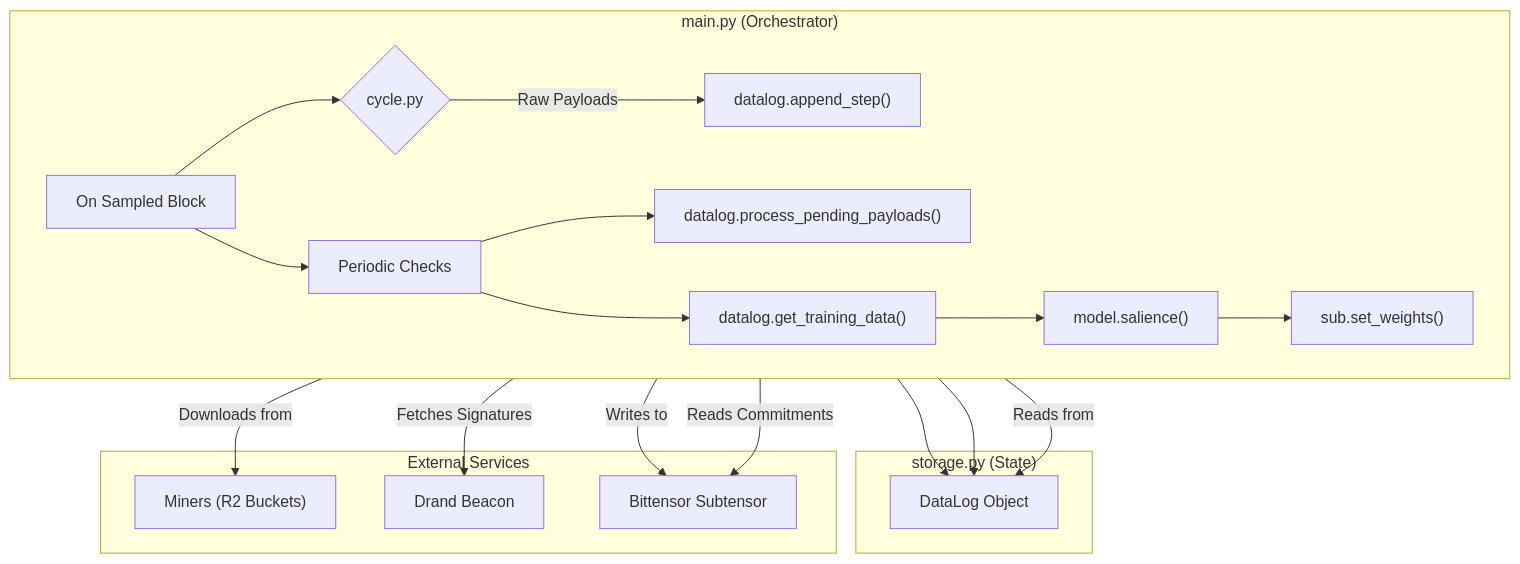
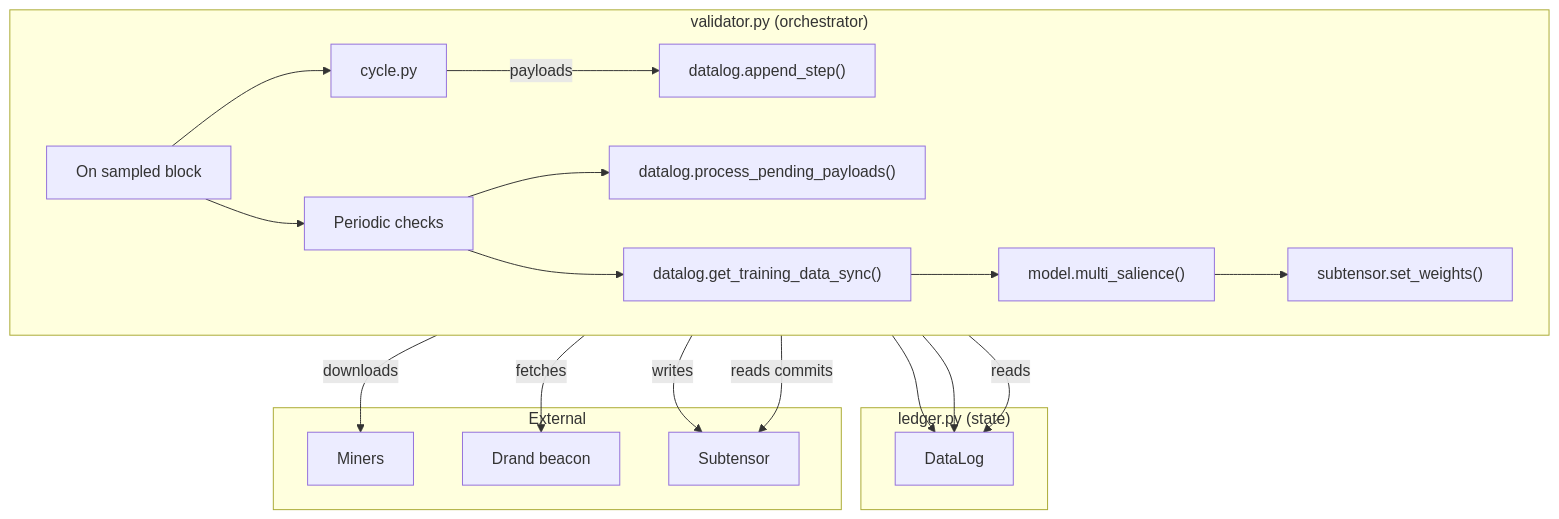
Before and after one commit to EnormousPyramids/Mantis: the diagram in README.md, drawn with Mermaid. The commit also changed other lines of this file and 21 other files, not shown here.

````diff
--- a/README.md
+++ b/README.md
@@ -17,31 +9,31 @@
 ```mermaid
 graph TD
-    subgraph "main.py (Orchestrator)"
+    subgraph "validator.py (orchestrator)"
         direction LR
-        A["On Sampled Block"] --> B{cycle.py};
-        B -->|Raw Payloads| C["datalog.append_step()"];
-        A --> D["Periodic Checks"];
+        A[On sampled block] --> B[cycle.py];
+        B -->|payloads| C["datalog.append_step()"];
+        A --> D[Periodic checks];
         D --> E["datalog.process_pending_payloads()"];
-        D --> F["datalog.get_training_data()"];
-        F --> G["model.salience()"];
-        G --> H["sub.set_weights()"];
-    end
-    
-    subgraph "storage.py (State)"
-        I[DataLog Object]
+        D --> F["datalog.get_training_data_sync()"]; 
+        F --> G["model.multi_salience()"]; 
+        G --> H["subtensor.set_weights()"];
     end
 
-    subgraph "External Services"
-        J["Miners (R2 Buckets)"]
-        K["Drand Beacon"]
-        L["Bittensor Subtensor"]
+    subgraph "ledger.py (state)"
+        I[DataLog]
+    end
+
+    subgraph "External"
+        J[Miners]
+        K[Drand beacon]
+        L[Subtensor]
     end
 
     C --> I;
     E --> I;
-    F -- Reads from --> I;
-    B -- Downloads from --> J;
-    E -- Fetches Signatures --> K;
-    H -- Writes to --> L;
-    B -- Reads Commitments --> L;
+    F -- reads --> I;
+    B -- downloads --> J;
+    E -- fetches --> K;
+    H -- writes --> L;
+    B -- reads commits --> L;
 ```
````
